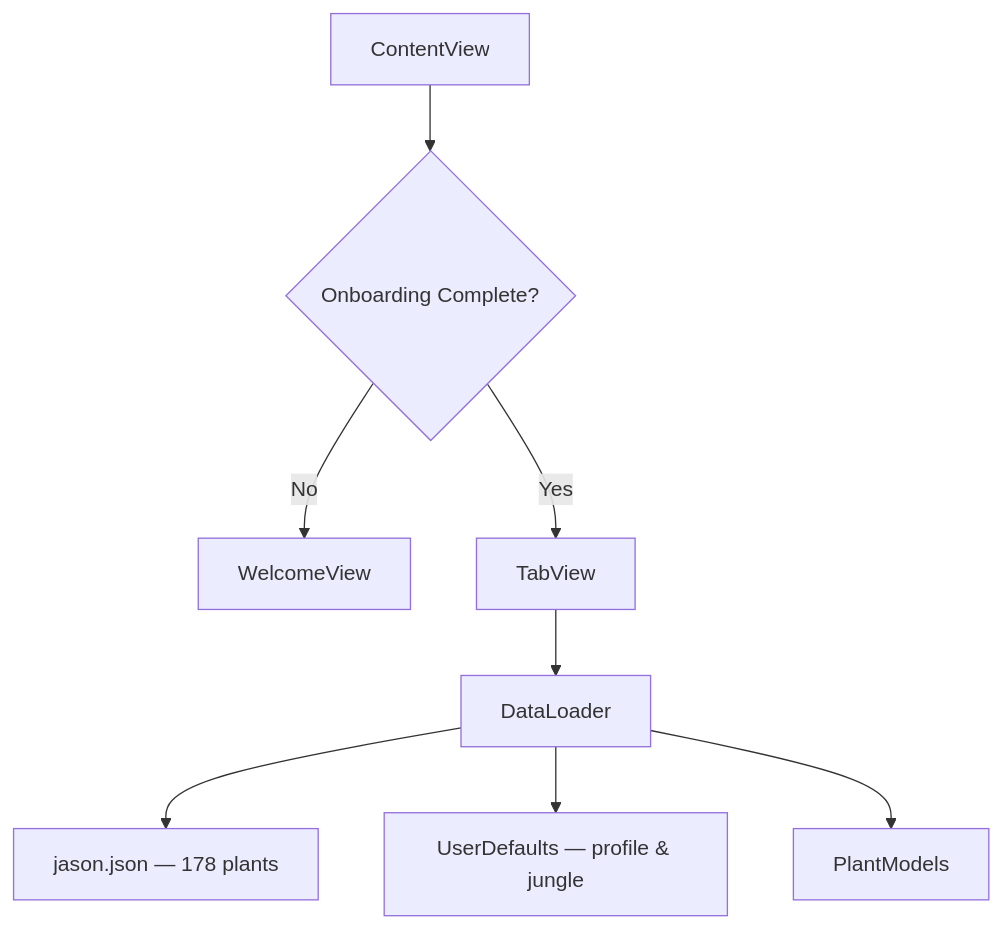
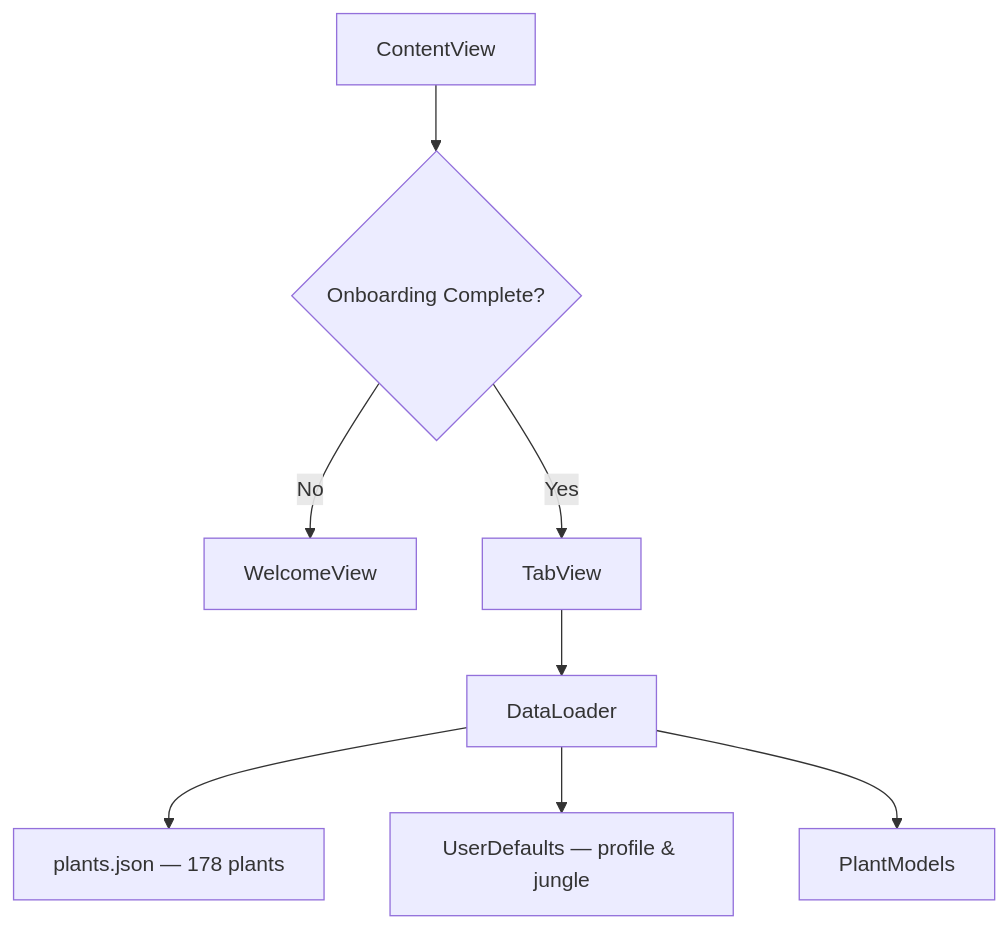
The diagram in README.md (aryansk/HousePlants.ai), drawn with Mermaid before and after one commit. The commit also changed other lines of this file and 16 other files, not shown here.

First line of the commit message:
fix: resolve five priority architecture, naming, and performance issues

````diff
--- a/README.md
+++ b/README.md
@@ -196,10 +196,10 @@
 ```mermaid
 graph TD
     A[ContentView] --> B{Onboarding Complete?}
     B -->|No| C[WelcomeView]
     B -->|Yes| D[TabView]
     D --> E[DataLoader]
-    E --> F[jason.json — 178 plants]
+    E --> F[plants.json — 178 plants]
     E --> G[UserDefaults — profile & jungle]
     E --> H[PlantModels]
 ```
````
